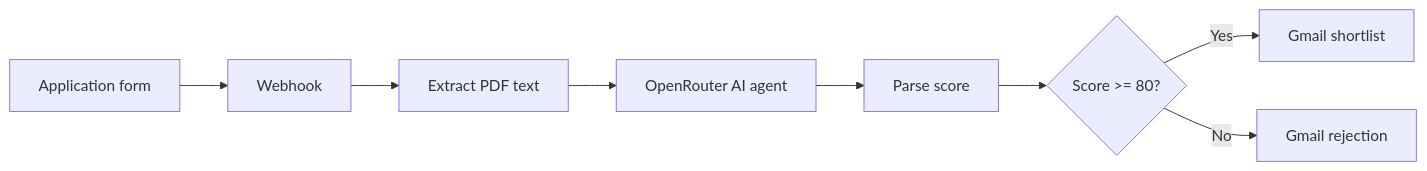
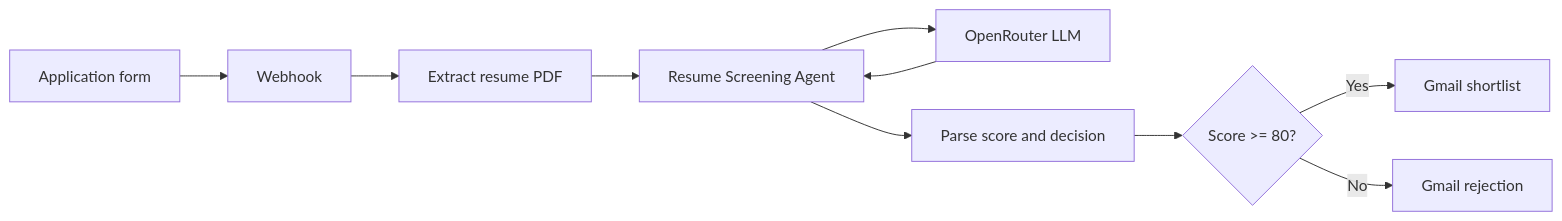
One commit to Akshay-ALLAM/hireflow-ai-resume-screening changed the diagram in README.md. Above: the diagram before and after it, drawn with Mermaid. The commit also changed other lines of this file, not shown here.

Commit message:
Add mermaid architecture and point screenshots at the live n8n canvas

````diff
--- a/README.md
+++ b/README.md
@@ -43,10 +41,12 @@
 ```mermaid
 flowchart LR
     A[Application form] --> B[Webhook]
-    B --> C[Extract PDF text]
-    C --> D[OpenRouter AI agent]
-    D --> E[Parse score]
-    E --> F{Score >= 80?}
-    F -- Yes --> G[Gmail shortlist]
-    F -- No --> H[Gmail rejection]
+    B --> C[Extract resume PDF]
+    C --> D[Resume Screening Agent]
+    D --> E[OpenRouter LLM]
+    E --> D
+    D --> F[Parse score and decision]
+    F --> G{Score >= 80?}
+    G -- Yes --> H[Gmail shortlist]
+    G -- No --> I[Gmail rejection]
 ```
````
